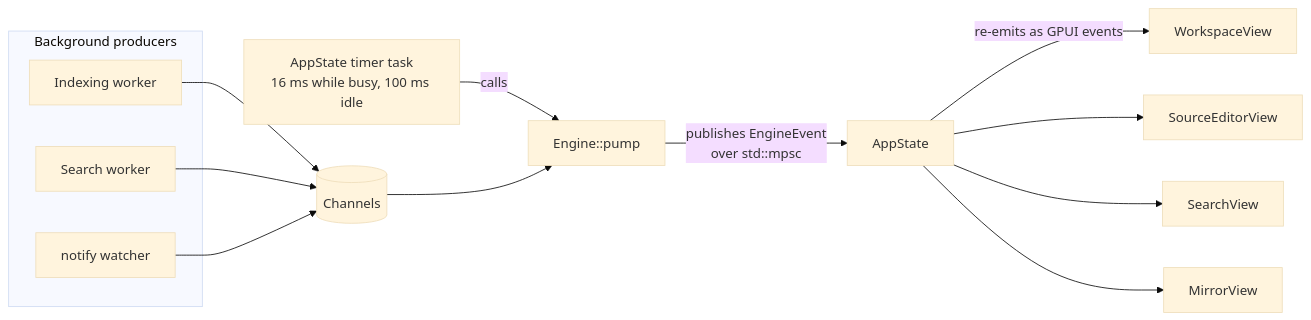
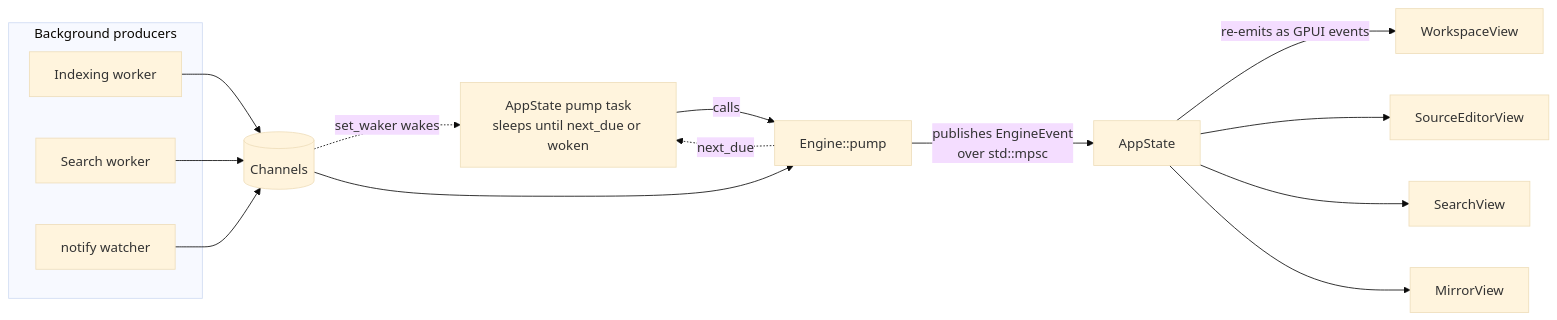
The diagram in src/docs/modules/developer/examples/event-pump.mmd (bovinemagnet/AdocFoundry), drawn with Mermaid (base theme) before and after one commit. The commit also changed 4 other files, not shown here.

```diff
--- a/src/docs/modules/developer/examples/event-pump.mmd
+++ b/src/docs/modules/developer/examples/event-pump.mmd
@@ -1,17 +1,19 @@
 flowchart LR
     subgraph producers["Background producers"]
         idx["Indexing worker"]
         srch["Search worker"]
         watch["notify watcher"]
     end
     chan[("Channels")]
     idx --> chan
     srch --> chan
     watch --> chan
-    timer["AppState timer task<br/>16 ms while busy, 100 ms idle"] -->|calls| pump["Engine::pump"]
+    chan -.->|set_waker wakes| task
+    task["AppState pump task<br/>sleeps until next_due or woken"] -->|calls| pump["Engine::pump"]
+    pump -.->|next_due| task
     chan --> pump
     pump -->|publishes EngineEvent<br/>over std::mpsc| app["AppState"]
     app -->|re-emits as GPUI events| wv["WorkspaceView"]
     app --> sev["SourceEditorView"]
     app --> sv["SearchView"]
     app --> mv["MirrorView"]
```
